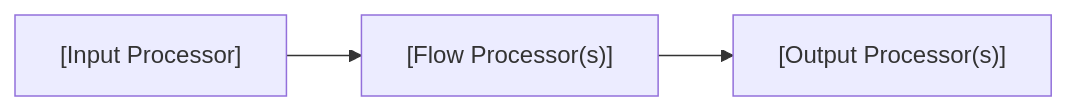
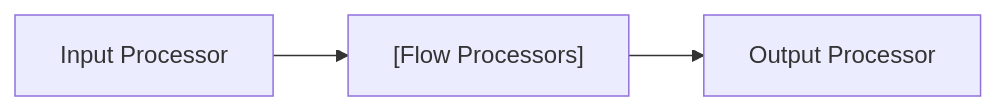
Before and after one commit to layline-io/layline-doc: the first of 2 diagrams in docs/03-assets/workflows/asset-workflow.md, drawn with Mermaid. The commit also changed other lines of this file, not shown here.

Commit message:
docs: link Generic Format and File Sink in assets table; keep brackets only for Flow Processors in diagram

````diff
--- a/docs/03-assets/workflows/asset-workflow.md
+++ b/docs/03-assets/workflows/asset-workflow.md
@@ -20,5 +20,5 @@
 ```mermaid
 graph LR
-    A["[Input Processor]"] --> B["[Flow Processor(s)]"]
-    B --> C["[Output Processor(s)]"]
+    A["Input Processor"] --> B["[Flow Processors]"]
+    B --> C["Output Processor"]
 ```
````
